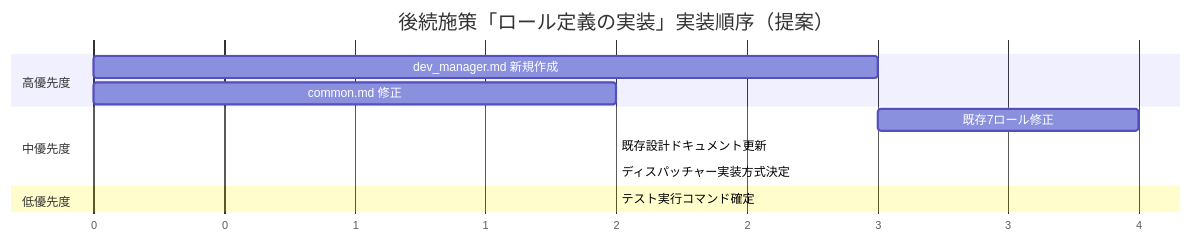
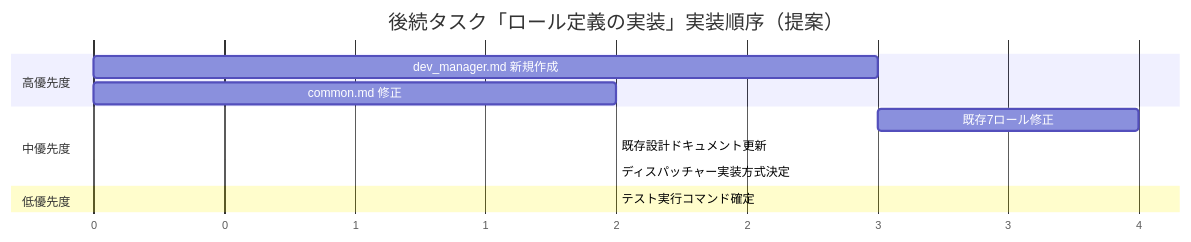
Diagram 19 of 19 in docs/design/session-operation-flow.md (ryo12-n/ai-driven-dev-patterns), drawn with Mermaid before and after one commit. The commit also changed other lines of this file and 10 other files, not shown here.

````diff
--- a/docs/design/session-operation-flow.md
+++ b/docs/design/session-operation-flow.md
@@ -1609,18 +1522,18 @@
 ```mermaid
 gantt
-    title 後続施策「ロール定義の実装」実装順序（提案）
+    title 後続タスク「ロール定義の実装」実装順序（提案）
     dateFormat X
     axisFormat %s
 
     section 高優先度
     dev_manager.md 新規作成          :a1, 0, 3
     common.md 修正                   :a2, 0, 2
 
     section 中優先度
     既存7ロール修正                   :a3, after a1, 4
     既存設計ドキュメント更新            :a4, after a2, 2
     ディスパッチャー実装方式決定         :a5, after a1, 2
 
     section 低優先度
     テスト実行コマンド確定              :a6, after a3, 2
 ```
````
